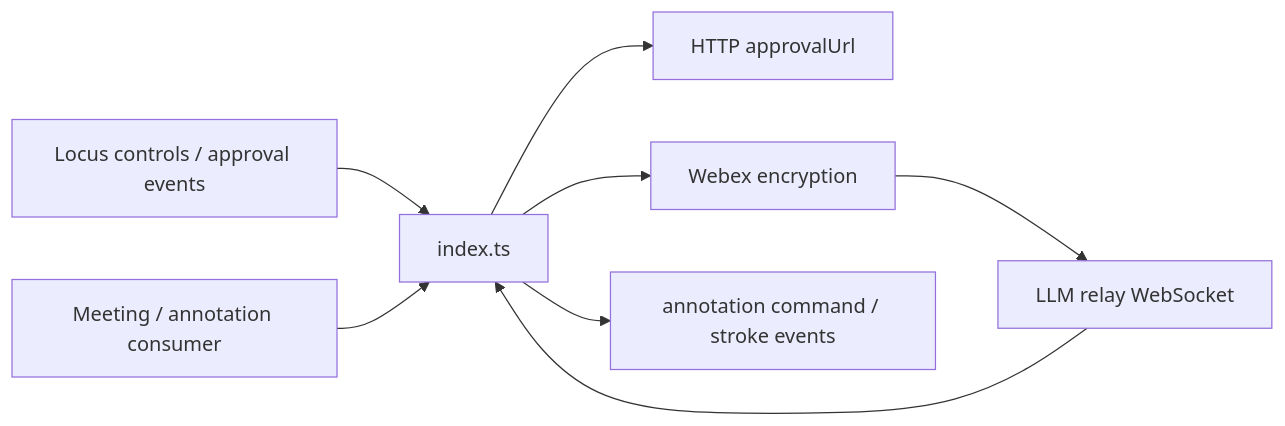
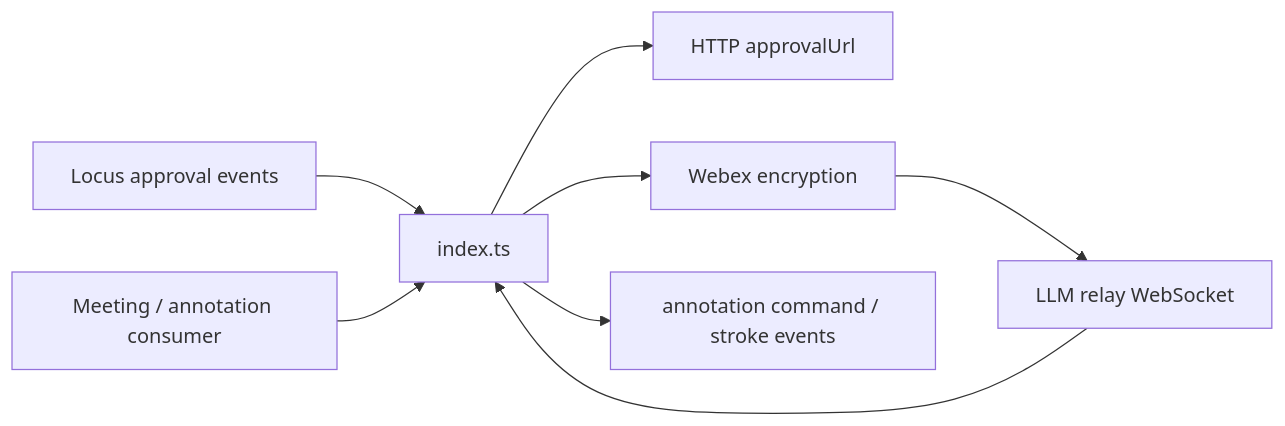
One commit to webex/webex-js-sdk changed the first of 4 diagrams in packages/@webex/plugin-meetings/src/annotation/ai-docs/annotation-spec.md. Above: the diagram before and after it, drawn with Mermaid. The commit also changed other lines of this file and 24 other files, not shown here.

````diff
--- a/packages/@webex/plugin-meetings/src/annotation/ai-docs/annotation-spec.md
+++ b/packages/@webex/plugin-meetings/src/annotation/ai-docs/annotation-spec.md
@@ -98,10 +110,10 @@
 ```mermaid
 flowchart LR
-  Locus[Locus controls / approval events] --> Controller[index.ts]
+  Locus[Locus approval events] --> Controller[index.ts]
   Caller[Meeting / annotation consumer] --> Controller
   Controller --> Approval[HTTP approvalUrl]
   Controller --> Crypto[Webex encryption]
   Crypto --> LLM[LLM relay WebSocket]
   LLM --> Controller
   Controller --> Events[annotation command / stroke events]
 ```
````
